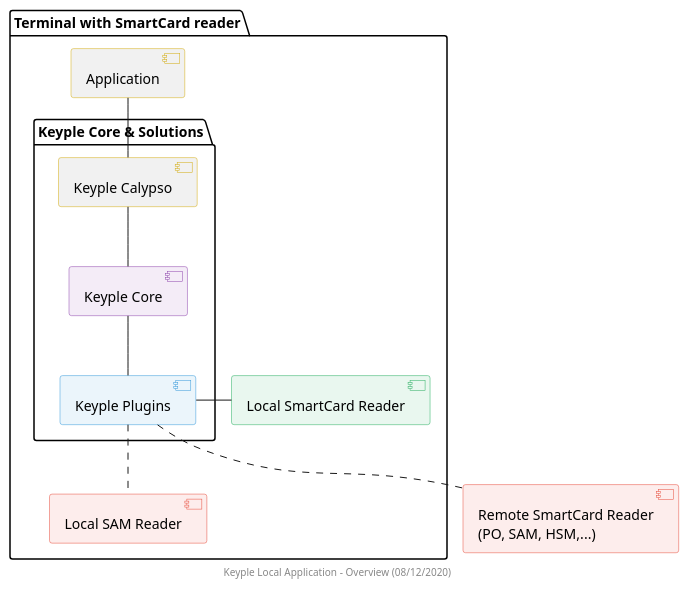
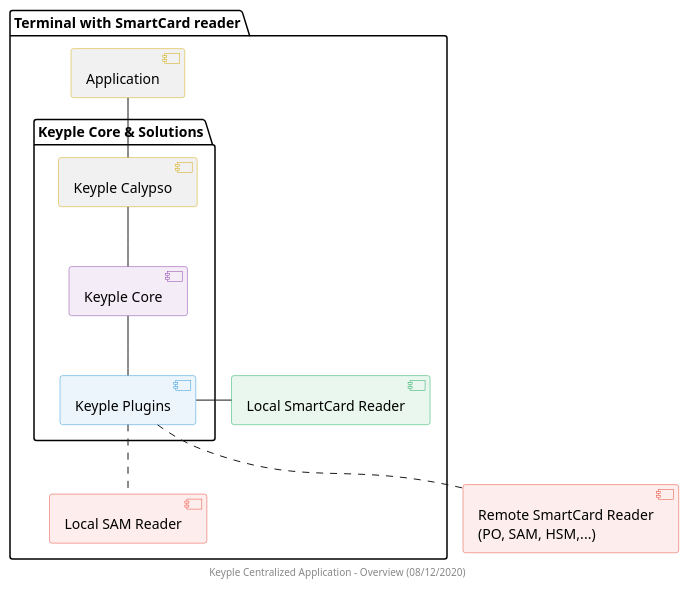
One commit to yvonneyam/keyple-website changed the diagram in media/calypso-app-development/component/Local_Component_Overview.puml. Above: the diagram before and after it, drawn with PlantUML. The commit also changed 25 other files, not shown here.

```diff
--- a/media/calypso-app-development/component/Local_Component_Overview.puml
+++ b/media/calypso-app-development/component/Local_Component_Overview.puml
@@ -1,56 +1,56 @@
 @startuml
 footer
-    Keyple Local Application - Overview (08/12/2020)
+    Keyple Centralized Application - Overview (08/12/2020)
 end footer
 
 ' == THEME ==
 
 'Couleurs issues de : https://htmlcolorcodes.com/fr/tableau-de-couleur/tableau-de-couleur-design-plat/
 skinparam Shadowing false
 skinparam component {
     BorderColor #D4AC0D
     ' Red
     BackgroundColor<<red>> #FDEDEC
     BorderColor<<red>> #E74C3C
     ' Purple
     BackgroundColor<<purple>> #F4ECF7
     BorderColor<<purple>> #8E44AD
     ' blue
     BackgroundColor<<blue>> #EBF5FB
     BorderColor<<blue>> #3498DB
     ' Green
     BackgroundColor<<green>> #E9F7EF
     BorderColor<<green>> #27AE60
     ' Grey
     BackgroundColor<<grey>> #EAECEE
     BorderColor<<grey>> #2C3E50
 }
 hide <<red>> stereotype
 hide <<purple>> stereotype
 hide <<blue>> stereotype
 hide <<green>> stereotype
 hide <<grey>> stereotype
 
 ' == CONTENT ==
 
 [Remote SmartCard Reader\n(PO, SAM, HSM,...)] as reader <<red>>
 
 package "Terminal with SmartCard reader" {
     [Application] as appA
         package "Keyple Core & Solutions" as keypleCoreSolution {
             [Keyple Plugins] as keyplePlugin <<blue>>
             [Keyple Core] as keypleCore <<purple>>
             [Keyple Calypso] as keypleCalypso
         }
     [Local SmartCard Reader] as deviceCardReader <<green>>
     [Local SAM Reader] as localReader <<red>>
 }
 
 appA -- keypleCalypso
 keypleCalypso -- keypleCore
 keypleCore -- keyplePlugin
 keyplePlugin .. localReader
 deviceCardReader - keyplePlugin
 keyplePlugin .. reader
 
 @enduml
```
